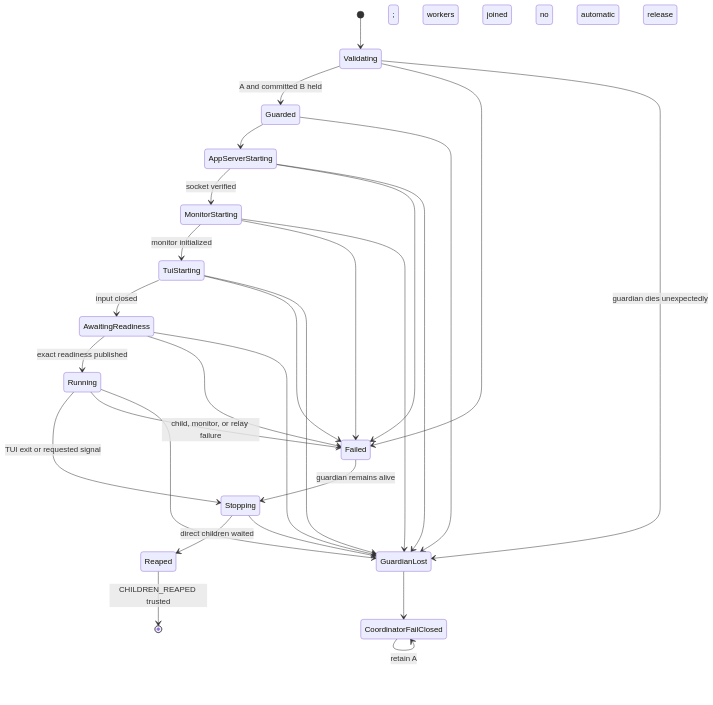
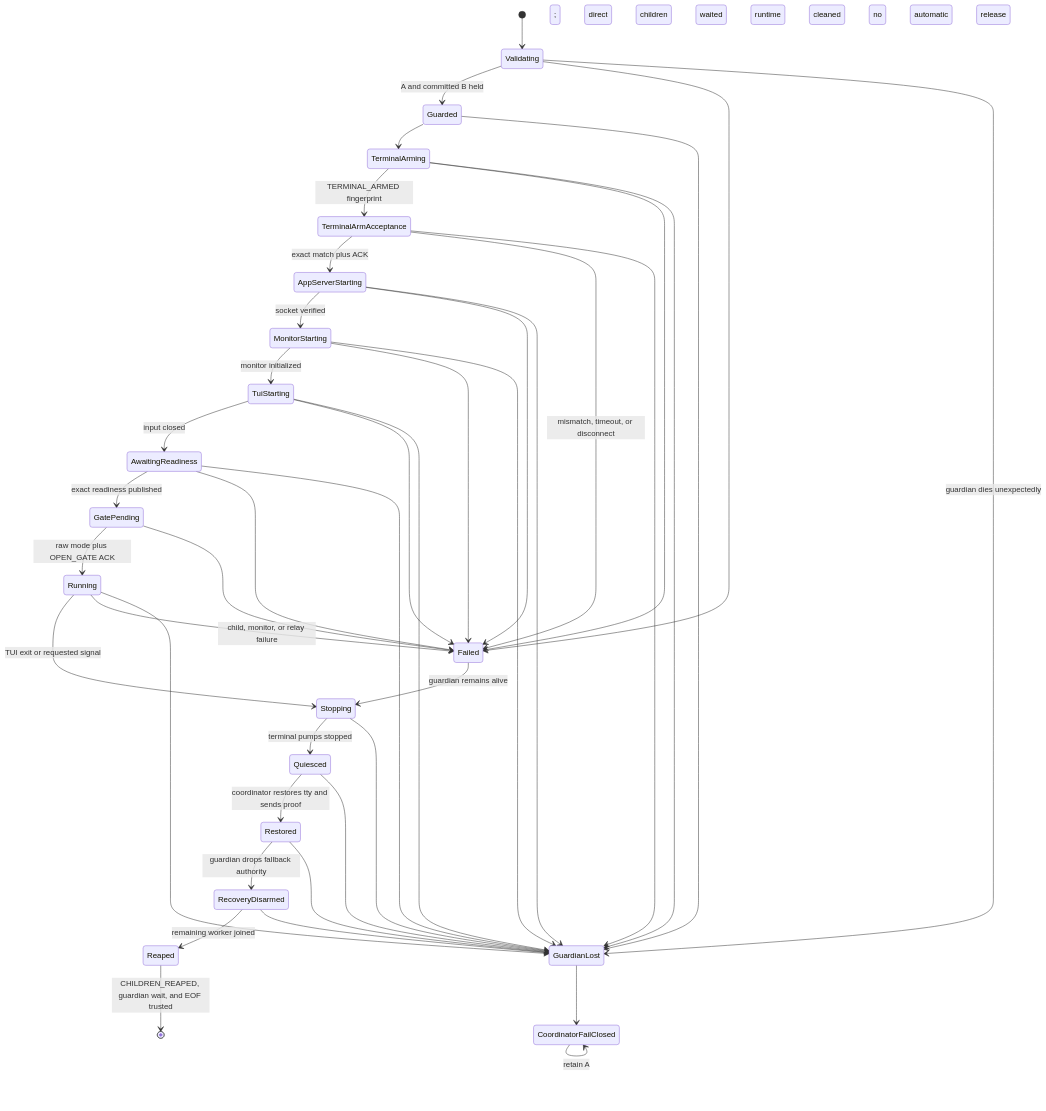
The fourth of 4 diagrams in docs/adr/0003-supervised-codex-session.md (kazu-42/calcifer), drawn with Mermaid before and after one commit. The commit also changed other lines of this file and 21 other files, not shown here.

````diff
--- a/docs/adr/0003-supervised-codex-session.md
+++ b/docs/adr/0003-supervised-codex-session.md
@@ -242,31 +498,45 @@
 ```mermaid
 stateDiagram-v2
     [*] --> Validating
     Validating --> Guarded: A and committed B held
-    Guarded --> AppServerStarting
+    Guarded --> TerminalArming
+    TerminalArming --> TerminalArmAcceptance: TERMINAL_ARMED fingerprint
+    TerminalArmAcceptance --> AppServerStarting: exact match plus ACK
     AppServerStarting --> MonitorStarting: socket verified
     MonitorStarting --> TuiStarting: monitor initialized
     TuiStarting --> AwaitingReadiness: input closed
-    AwaitingReadiness --> Running: exact readiness published
+    AwaitingReadiness --> GatePending: exact readiness published
+    GatePending --> Running: raw mode plus OPEN_GATE ACK
     Running --> Stopping: TUI exit or requested signal
     Validating --> Failed
+    TerminalArming --> Failed
+    TerminalArmAcceptance --> Failed: mismatch, timeout, or disconnect
     AppServerStarting --> Failed
     MonitorStarting --> Failed
     TuiStarting --> Failed
     AwaitingReadiness --> Failed
+    GatePending --> Failed
     Running --> Failed: child, monitor, or relay failure
     Failed --> Stopping: guardian remains alive
-    Stopping --> Reaped: direct children waited; workers joined
-    Reaped --> [*]: CHILDREN_REAPED trusted
+    Stopping --> Quiesced: terminal pumps stopped; direct children waited
+    Quiesced --> Restored: coordinator restores tty and sends proof
+    Restored --> RecoveryDisarmed: guardian drops fallback authority
+    RecoveryDisarmed --> Reaped: remaining worker joined; runtime cleaned
+    Reaped --> [*]: CHILDREN_REAPED, guardian wait, and EOF trusted
 
     Validating --> GuardianLost: guardian dies unexpectedly
     Guarded --> GuardianLost
+    TerminalArming --> GuardianLost
+    TerminalArmAcceptance --> GuardianLost
     AppServerStarting --> GuardianLost
     MonitorStarting --> GuardianLost
     TuiStarting --> GuardianLost
     AwaitingReadiness --> GuardianLost
     Running --> GuardianLost
     Stopping --> GuardianLost
+    Quiesced --> GuardianLost
+    Restored --> GuardianLost
+    RecoveryDisarmed --> GuardianLost
     GuardianLost --> CoordinatorFailClosed
     CoordinatorFailClosed --> CoordinatorFailClosed: retain A; no automatic release
 ```
````
